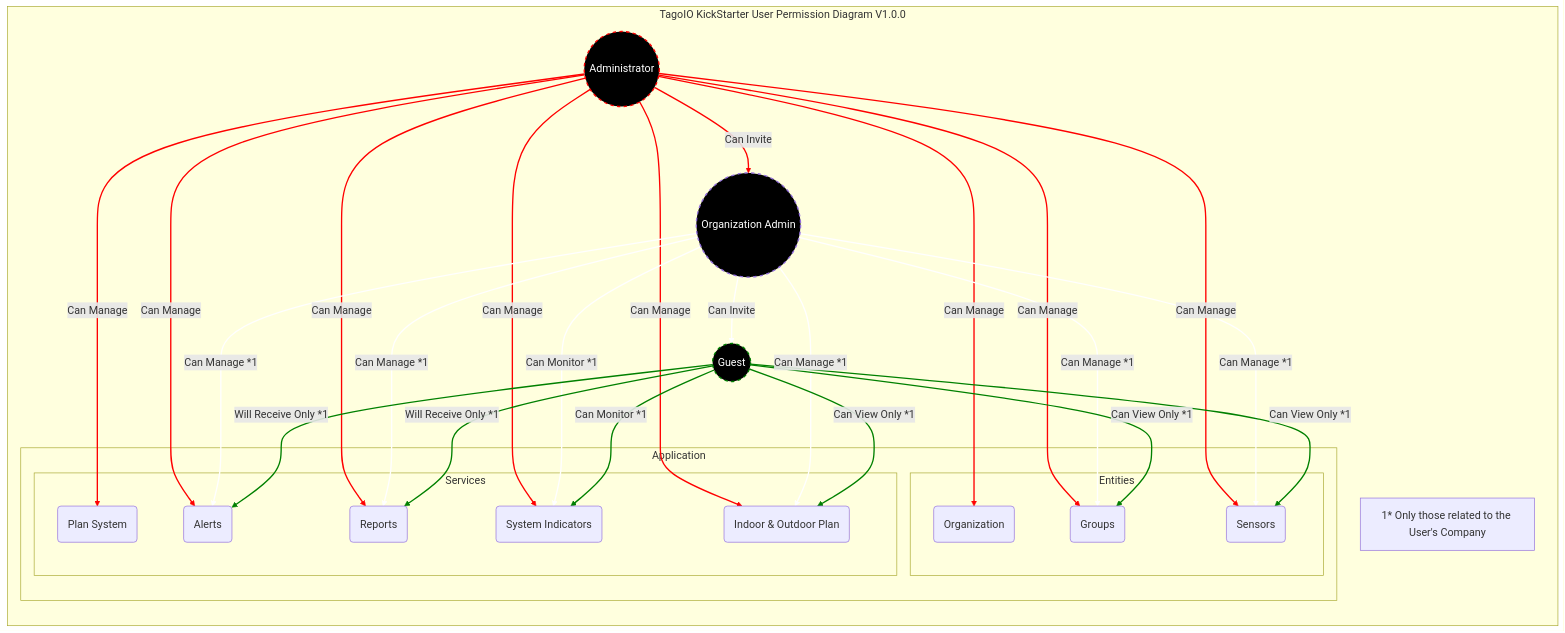
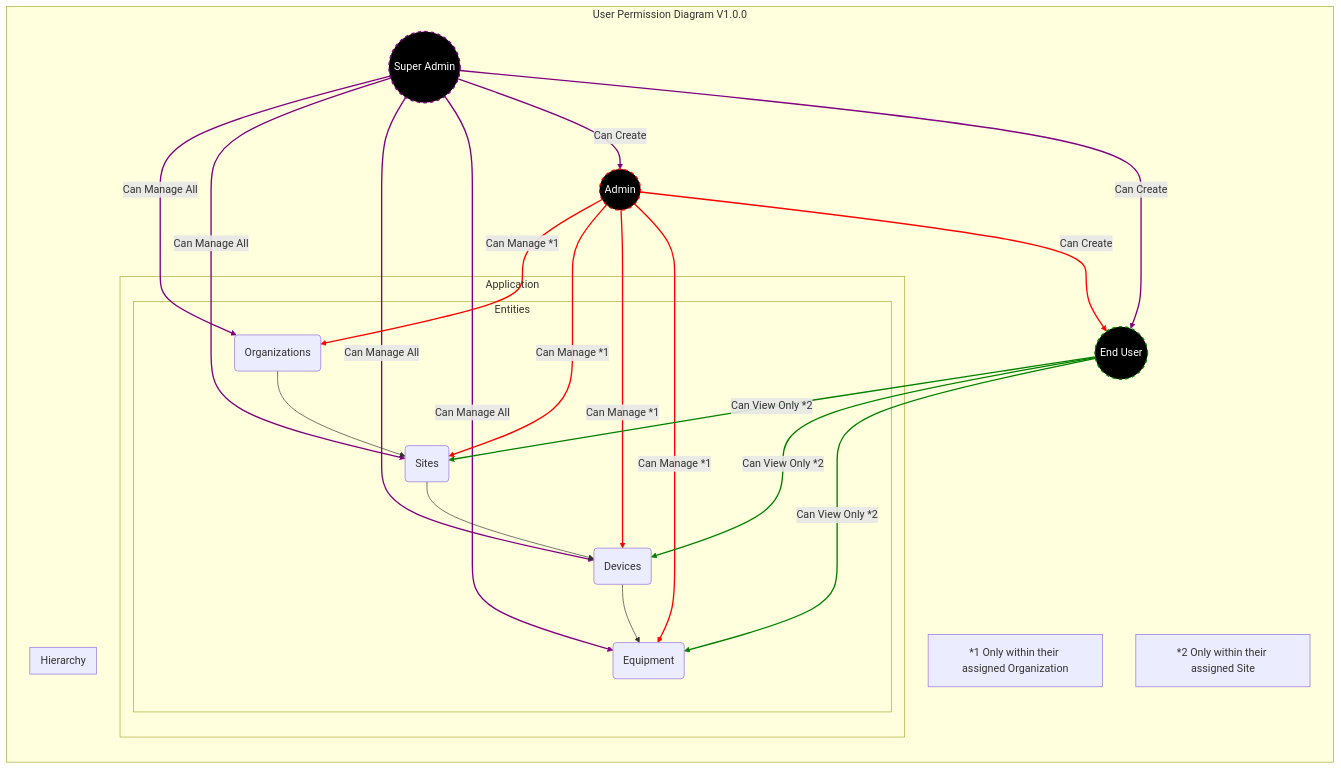
One commit to tago-io/analysis-kickstarter-rtls changed the diagram in README.MD. Above: the diagram before and after it, drawn with Mermaid. The commit also changed other lines of this file and 6 other files, not shown here.

````diff
--- a/README.MD
+++ b/README.MD
@@ -75,79 +70,65 @@
 ```mermaid
 graph LR
-subgraph TagoIO KickStarter User Permission Diagram V1.0.0
+subgraph User Permission Diagram V1.0.0
     subgraph Application
         subgraph Entities
-        Organization(Organization)
-        Groups(Groups)
-        Sensors(Sensors)
-        end
-        subgraph Services
-        Plan(Plan System)
-        Alerts(Alerts)
-        Reports(Reports)
-        Indicators(System Indicators)
-        IndoorView(Indoor & Outdoor Plan)
+            Organization(Organizations)
+            Sites(Sites)
+            Devices(Devices)
+            Equipment(Equipment)
         end
     end
+    
+    style SA fill:black,stroke:purple,stroke-width:2px,color:#fff,stroke-dasharray: 5 5
+    SA((Super Admin))
+    
+    SA -- Can Manage All --> Organization
+    SA -- Can Manage All --> Sites
+    SA -- Can Manage All --> Devices
+    SA -- Can Manage All --> Equipment
+    SA -- Can Create --> A
+    SA -- Can Create --> E
+    
+    linkStyle 0 stroke-width:2px,fill:none,stroke:purple;
+    linkStyle 1 stroke-width:2px,fill:none,stroke:purple;
+    linkStyle 2 stroke-width:2px,fill:none,stroke:purple;
+    linkStyle 3 stroke-width:2px,fill:none,stroke:purple;
+    linkStyle 4 stroke-width:2px,fill:none,stroke:purple;
+    linkStyle 5 stroke-width:2px,fill:none,stroke:purple;
+    
     style A fill:black,stroke:red,stroke-width:2px,color:#fff,stroke-dasharray: 5 5
-    A((Administrator))
-
-
-    A -- Can Invite --> O
-    A -- Can Manage --> Organization
-    A -- Can Manage --> Groups
-    A -- Can Manage --> Sensors
-    A -- Can Manage --> Plan
-    A -- Can Manage --> Alerts
-    A -- Can Manage --> Reports
-    A -- Can Manage --> Indicators
-    A -- Can Manage --> IndoorView
-
-    linkStyle 0 stroke-width:2px,fill:none,stroke:red;
-    linkStyle 1 stroke-width:2px,fill:none,stroke:red;
-    linkStyle 2 stroke-width:2px,fill:none,stroke:red;
-    linkStyle 3 stroke-width:2px,fill:none,stroke:red;
-    linkStyle 4 stroke-width:2px,fill:none,stroke:red;
-    linkStyle 5 stroke-width:2px,fill:none,stroke:red;
+    A((Admin))
+    
+    A -- Can Manage *1 --> Organization
+    A -- Can Manage *1 --> Sites
+    A -- Can Manage *1 --> Devices
+    A -- Can Manage *1 --> Equipment
+    A -- Can Create --> E
+    
     linkStyle 6 stroke-width:2px,fill:none,stroke:red;
     linkStyle 7 stroke-width:2px,fill:none,stroke:red;
     linkStyle 8 stroke-width:2px,fill:none,stroke:red;
-
-
-    style O fill:black,stroke-width:2px,color:#fff,stroke-dasharray: 5 5
-    O((Organization Admin))
-    O -- Can Invite --> G
-    O -- Can Manage *1 --> Groups
-    O -- Can Manage *1 --> Sensors
-    O -- Can Manage *1 --> Alerts
-    O -- Can Manage *1 --> Reports
-    O -- Can Monitor *1 --> Indicators
-    O -- Can Manage *1 --> IndoorView
-
-    linkStyle 9 stroke-width:2px,fill:none,stroke:white;
-    linkStyle 10 stroke-width:2px,fill:none,stroke:white;
-    linkStyle 11 stroke-width:2px,fill:none,stroke:white;
-    linkStyle 12 stroke-width:2px,fill:none,stroke:white;
-    linkStyle 13 stroke-width:2px,fill:none,stroke:white;
-    linkStyle 14 stroke-width:2px,fill:none,stroke:white;
-    linkStyle 15 stroke-width:2px,fill:none,stroke:white;
-
-    style G fill:black,stroke:green,stroke-width:2px,color:#fff,stroke-dasharray: 5 5
-    G((Guest))
-    G -- Can View Only *1 --> Groups
-    G -- Can View Only *1 --> Sensors
-    G -- Can View Only *1 --> IndoorView
-    G -- Will Receive Only *1 --> Reports
-    G -- Will Receive Only *1 --> Alerts
-    G -- Can Monitor *1 --> Indicators
-
-    linkStyle 16 stroke-width:2px,fill:none,stroke:green;
-    linkStyle 17 stroke-width:2px,fill:none,stroke:green;
-    linkStyle 18 stroke-width:2px,fill:none,stroke:green;
-    linkStyle 19 stroke-width:2px,fill:none,stroke:green;
-    linkStyle 20 stroke-width:2px,fill:none,stroke:green;
-    linkStyle 21 stroke-width:2px,fill:none,stroke:green;
-
-test[1* Only those related to the User's Company]
+    linkStyle 9 stroke-width:2px,fill:none,stroke:red;
+    linkStyle 10 stroke-width:2px,fill:none,stroke:red;
+    
+    style E fill:black,stroke:green,stroke-width:2px,color:#fff,stroke-dasharray: 5 5
+    E((End User))
+    
+    E -- Can View Only *2 --> Sites
+    E -- Can View Only *2 --> Devices
+    E -- Can View Only *2 --> Equipment
+    
+    linkStyle 11 stroke-width:2px,fill:none,stroke:green;
+    linkStyle 12 stroke-width:2px,fill:none,stroke:green;
+    linkStyle 13 stroke-width:2px,fill:none,stroke:green;
+    
+    subgraph Hierarchy
+        Organization --> Sites
+        Sites --> Devices
+        Devices --> Equipment
+    end
+    
+    note1[*1 Only within their assigned Organization]
+    note2[*2 Only within their assigned Site]
 end
 ```
````
